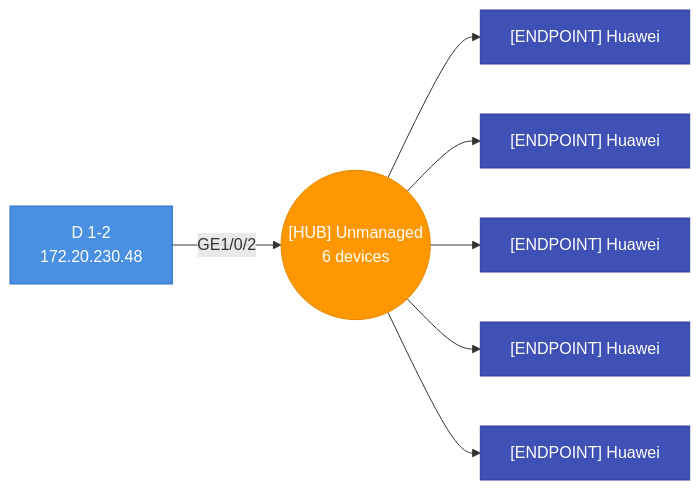
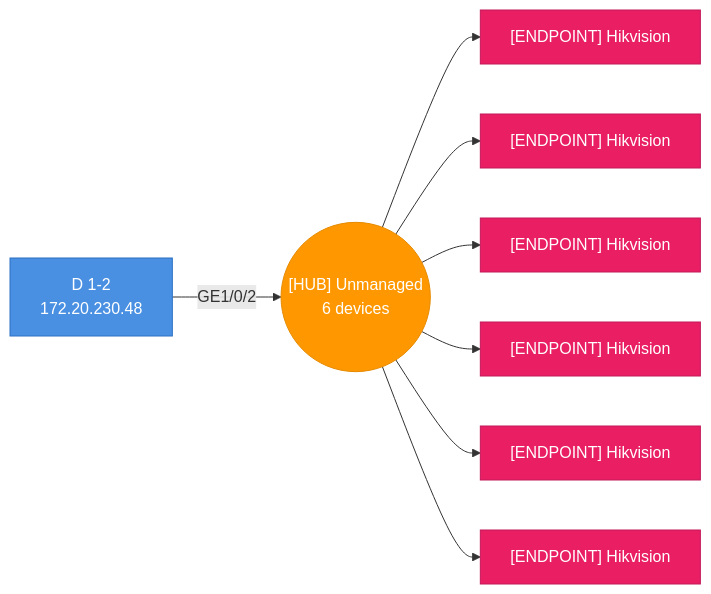
Before and after one commit to djamic/LLDP-Skanner-Go: diagram 11 of 51 in testdata/golden/audit_esxi_sections.md, drawn with Mermaid. The commit also changed other lines of this file and 16 other files, not shown here.

````diff
--- a/testdata/golden/audit_esxi_sections.md
+++ b/testdata/golden/audit_esxi_sections.md
@@ -265,23 +251,26 @@
 ```mermaid
 graph LR
   hub_4caea3a215ec_p2(("[HUB] Unmanaged<br>6 devices"))
   4caea3a215ec["D 1-2<br>172.20.230.48"]
   4caea3a215ec-- "GE1/0/2" -->hub_4caea3a215ec_p2
   style 4caea3a215ec fill:#4A90E2,stroke:#2A6FC2,color:#fff
-  bc9b5e37bf15["[ENDPOINT] Huawei"]
+  bc9b5e37bf15["[ENDPOINT] Hikvision"]
   hub_4caea3a215ec_p2-->bc9b5e37bf15
-  style bc9b5e37bf15 fill:#3F51B5,stroke:#303F9F,color:#fff
-  bc9b5e37bf17["[ENDPOINT] Huawei"]
+  style bc9b5e37bf15 fill:#E91E63,stroke:#C2185B,color:#fff
+  bc9b5e37bf17["[ENDPOINT] Hikvision"]
   hub_4caea3a215ec_p2-->bc9b5e37bf17
-  style bc9b5e37bf17 fill:#3F51B5,stroke:#303F9F,color:#fff
-  bc9b5e37bf28["[ENDPOINT] Huawei"]
+  style bc9b5e37bf17 fill:#E91E63,stroke:#C2185B,color:#fff
+  bc9b5e37bf28["[ENDPOINT] Hikvision"]
   hub_4caea3a215ec_p2-->bc9b5e37bf28
-  style bc9b5e37bf28 fill:#3F51B5,stroke:#303F9F,color:#fff
-  bc9b5e37bf38["[ENDPOINT] Huawei"]
+  style bc9b5e37bf28 fill:#E91E63,stroke:#C2185B,color:#fff
+  bc9b5e37bf38["[ENDPOINT] Hikvision"]
   hub_4caea3a215ec_p2-->bc9b5e37bf38
-  style bc9b5e37bf38 fill:#3F51B5,stroke:#303F9F,color:#fff
-  bc9b5e37bf39["[ENDPOINT] Huawei"]
+  style bc9b5e37bf38 fill:#E91E63,stroke:#C2185B,color:#fff
+  bc9b5e37bf39["[ENDPOINT] Hikvision"]
   hub_4caea3a215ec_p2-->bc9b5e37bf39
-  style bc9b5e37bf39 fill:#3F51B5,stroke:#303F9F,color:#fff
+  style bc9b5e37bf39 fill:#E91E63,stroke:#C2185B,color:#fff
+  bc9b5e37bf50["[ENDPOINT] Hikvision"]
+  hub_4caea3a215ec_p2-->bc9b5e37bf50
+  style bc9b5e37bf50 fill:#E91E63,stroke:#C2185B,color:#fff
   style hub_4caea3a215ec_p2 fill:#FF9800,stroke:#E68A00,color:#fff
 ```
````
